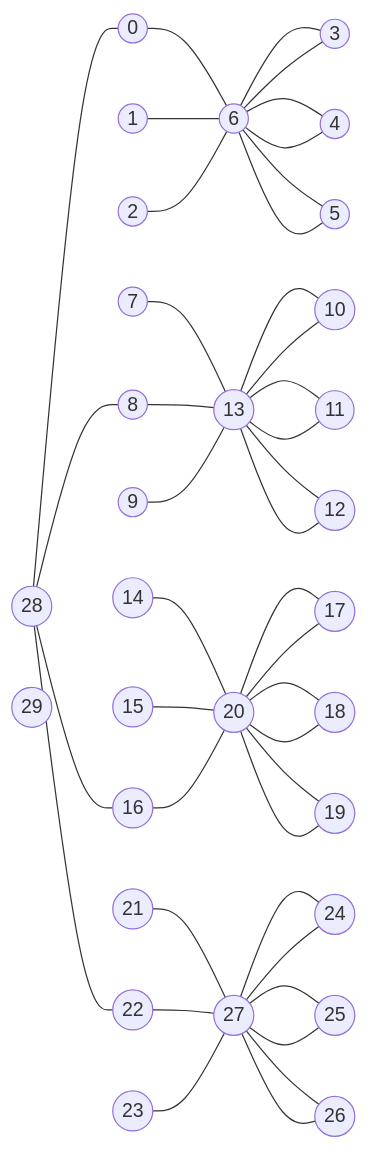
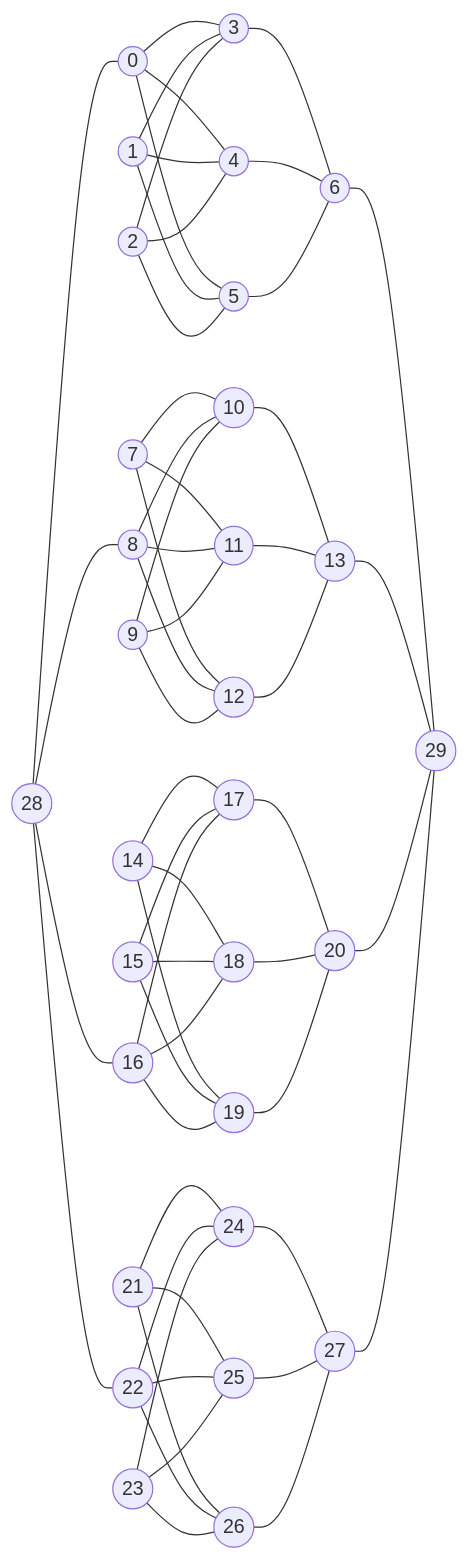
One commit to bfeitknecht/vault changed the fifth of 5 diagrams in sem2/AuW/UE/cx/bf/cx12-great-harvest.md. Above: the diagram before and after it, drawn with Mermaid. The commit also changed 1 other file, not shown here.

Commit message:
backup: 2024-07-15T07:28:09+02:00 from MacBook Pro (echo)
Affected files:
.obsidian/vault-stats.json
sem2/AuW/UE/cx/bf/cx12-great-harvest.md

````diff
--- a/sem2/AuW/UE/cx/bf/cx12-great-harvest.md
+++ b/sem2/AuW/UE/cx/bf/cx12-great-harvest.md
@@ -227,52 +227,52 @@
 ```mermaid
 flowchart LR
 
 %%%%%%%%%%%%%%%%%%%%%%%%%%%%%%%%%%%%%%%%%%
 
 ids0v1((0))
 ids0v2((1))
 ids0v3((2))
 idt0v1((3))
 idt0v2((4))
 idt0v3((5))
 idc0((6))
 
 ids1v1((7))
 ids1v2((8))
 ids1v3((9))
 idt1v1((10))
 idt1v2((11))
 idt1v3((12))
 idc1((13))
 
 ids2v1((14))
 ids2v2((15))
 ids2v3((16))
 idt2v1((17))
 idt2v2((18))
 idt2v3((19))
 idc2((20))
 
 ids3v1((21))
 ids3v2((22))
 ids3v3((23))
 idt3v1((24))
 idt3v2((25))
 idt3v3((26))
 idc3((27))
 
 idS((28))
 idT((29))
 
 %%%%%%%%%%%%%%%%%%%%%%%%%%%%%%%%%%%%%%%%%%
 
 idS --- ids0v1 & ids1v2 & ids2v3 & ids3v2
 
-ids0v1 & ids0v2 & ids0v3 --- idc0 --- idt0v1 & idt0v2 & idt0v3 --- idc0
-ids1v1 & ids1v2 & ids1v3 --- idc1 --- idt1v1 & idt1v2 & idt1v3 --- idc1
-ids2v1 & ids2v2 & ids2v3 --- idc2 --- idt2v1 & idt2v2 & idt2v3 --- idc2
-ids3v1 & ids3v2 & ids3v3 --- idc3 --- idt3v1 & idt3v2 & idt3v3 --- idc3 
+ids0v1 & ids0v2 & ids0v3 --- idt0v1 & idt0v2 & idt0v3 --- idc0 --- idT
+ids1v1 & ids1v2 & ids1v3 --- idt1v1 & idt1v2 & idt1v3 --- idc1 --- idT
+ids2v1 & ids2v2 & ids2v3 --- idt2v1 & idt2v2 & idt2v3 --- idc2 --- idT
+ids3v1 & ids3v2 & ids3v3 --- idt3v1 & idt3v2 & idt3v3 --- idc3 --- idT
 
 
 %%%%%%%%%%%%%%%%%%%%%%%%%%%%%%%%%%%%%%%%%%
 ```
````
